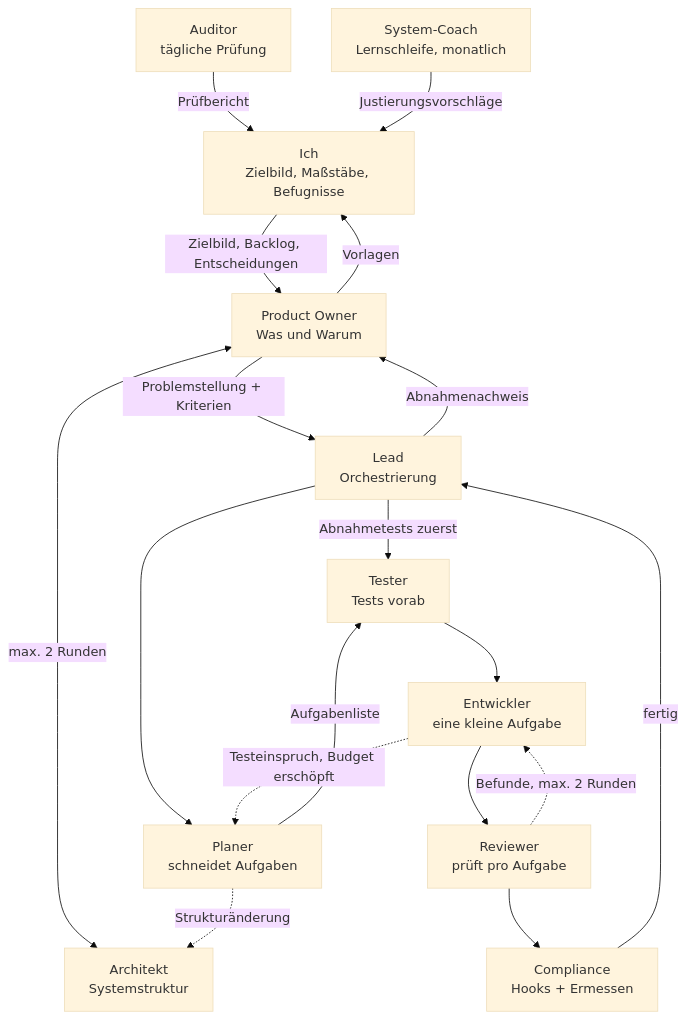
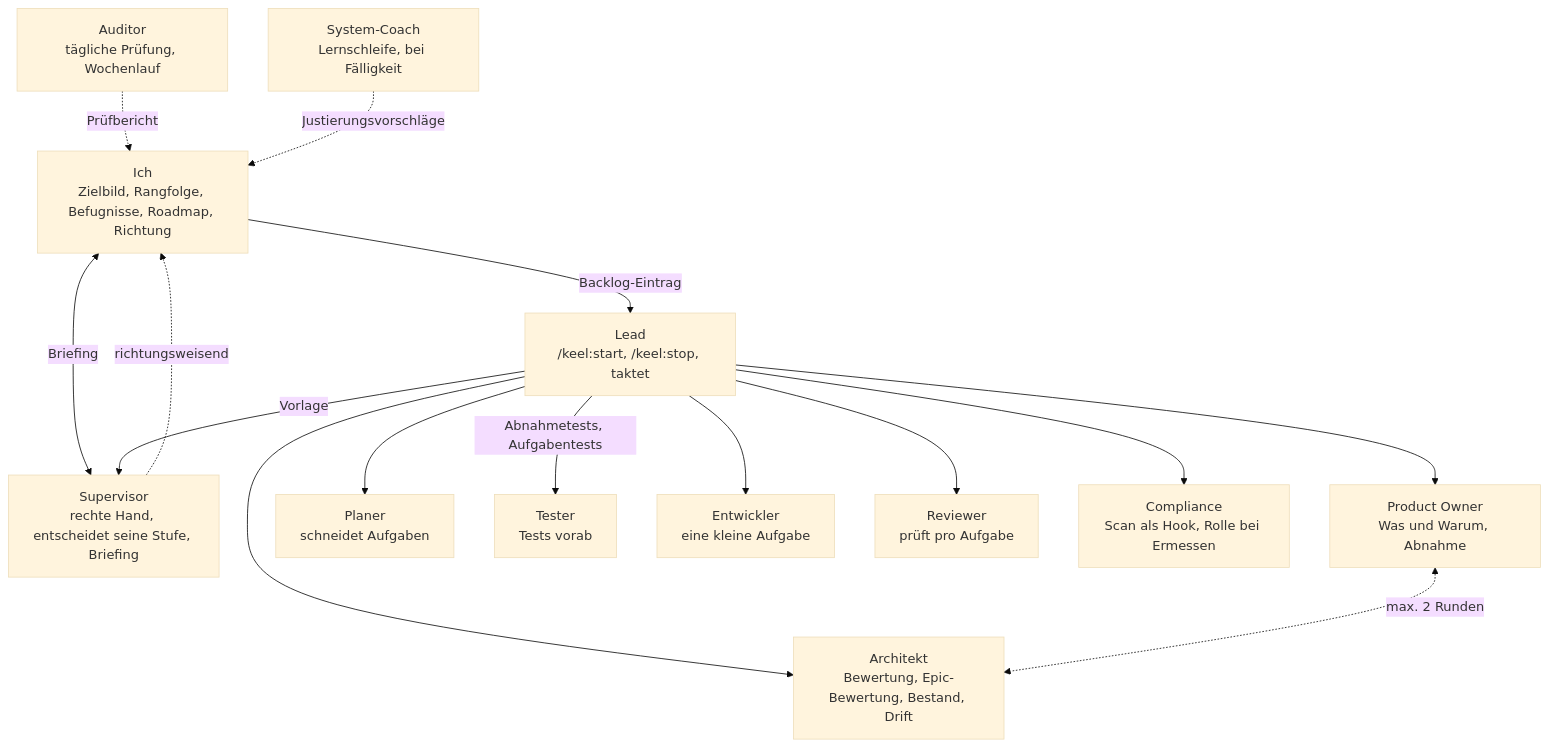
The first of 4 diagrams in docs/konzept.md (xXExceptionXx/keel), drawn with Mermaid (base theme) before and after one commit. The commit also changed other lines of this file and 10 other files, not shown here.

First line of the commit message:
Review pass: docs and diagrams for 0.9, dead ends closed

````diff
--- a/docs/konzept.md
+++ b/docs/konzept.md
@@ -24,32 +24,30 @@
 ```mermaid
 flowchart TD
-    ICH["Ich<br/>Zielbild, Maßstäbe, Befugnisse"]
-    COACH["System-Coach<br/>Lernschleife, monatlich"]
-    AUD["Auditor<br/>tägliche Prüfung"]
-    PO["Product Owner<br/>Was und Warum"]
-    ARC["Architekt<br/>Systemstruktur"]
-    LEAD["Lead<br/>Orchestrierung"]
+    ICH["Ich<br/>Zielbild, Rangfolge, Befugnisse, Roadmap, Richtung"]
+    SUP["Supervisor<br/>rechte Hand, entscheidet seine Stufe, Briefing"]
+    COACH["System-Coach<br/>Lernschleife, bei Fälligkeit"]
+    AUD["Auditor<br/>tägliche Prüfung, Wochenlauf"]
+    LEAD["Lead<br/>/keel:start, /keel:stop, taktet"]
+    PO["Product Owner<br/>Was und Warum, Abnahme"]
+    ARC["Architekt<br/>Bewertung, Epic-Bewertung, Bestand, Drift"]
     PLAN["Planer<br/>schneidet Aufgaben"]
     TEST["Tester<br/>Tests vorab"]
     DEV["Entwickler<br/>eine kleine Aufgabe"]
     REV["Reviewer<br/>prüft pro Aufgabe"]
-    COMP["Compliance<br/>Hooks + Ermessen"]
+    COMP["Compliance<br/>Scan als Hook, Rolle bei Ermessen"]
 
-    ICH -->|Zielbild, Backlog, Entscheidungen| PO
-    PO -->|Vorlagen| ICH
-    AUD -->|Prüfbericht| ICH
-    COACH -->|Justierungsvorschläge| ICH
-    PO <-->|max. 2 Runden| ARC
-    PO -->|Problemstellung + Kriterien| LEAD
-    LEAD -->|Abnahmetests zuerst| TEST
+    ICH <-->|Briefing| SUP
+    ICH -->|Backlog-Eintrag| LEAD
+    LEAD -->|Vorlage| SUP
+    SUP -.->|richtungsweisend| ICH
+    AUD -.->|Prüfbericht| ICH
+    COACH -.->|Justierungsvorschläge| ICH
+    LEAD --> PO
+    LEAD --> ARC
+    PO <-.->|max. 2 Runden| ARC
     LEAD --> PLAN
-    PLAN -.->|Strukturänderung| ARC
-    PLAN -->|Aufgabenliste| TEST
-    TEST --> DEV
-    DEV --> REV
-    REV -.->|Befunde, max. 2 Runden| DEV
-    DEV -.->|Testeinspruch, Budget erschöpft| PLAN
-    REV --> COMP
-    COMP -->|fertig| LEAD
-    LEAD -->|Abnahmenachweis| PO
+    LEAD -->|Abnahmetests, Aufgabentests| TEST
+    LEAD --> DEV
+    LEAD --> REV
+    LEAD --> COMP
 ```
````
